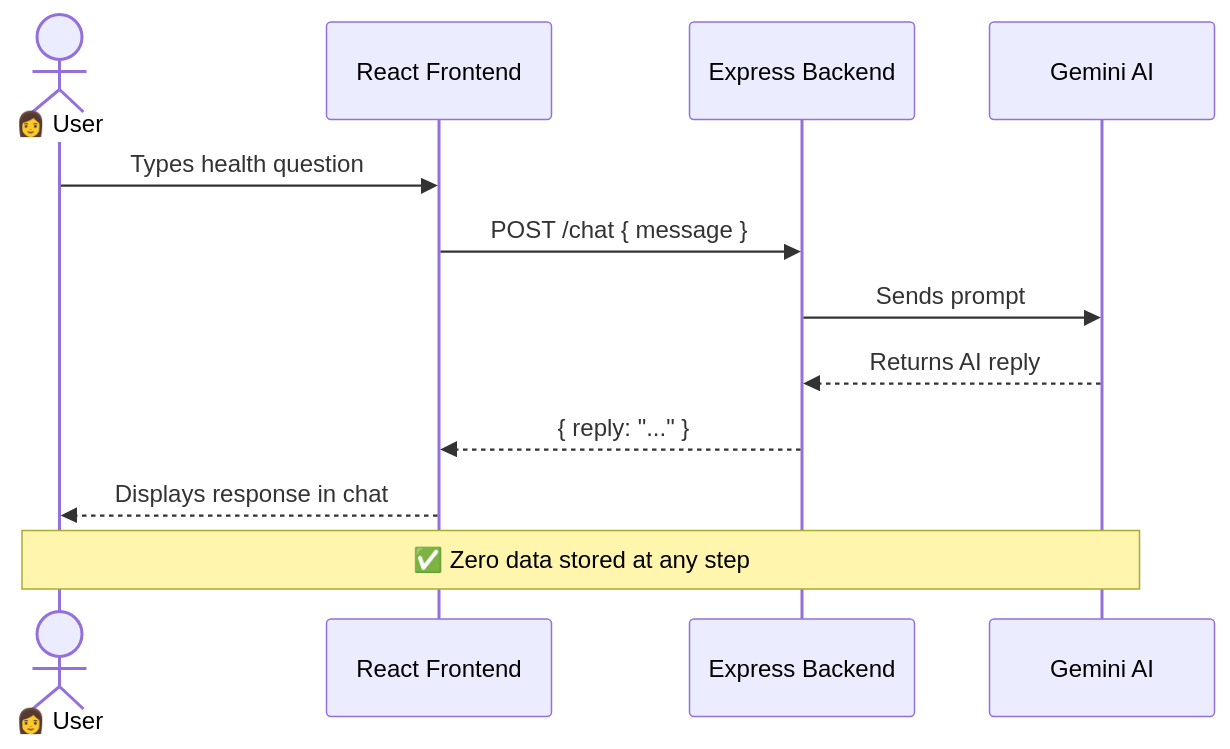
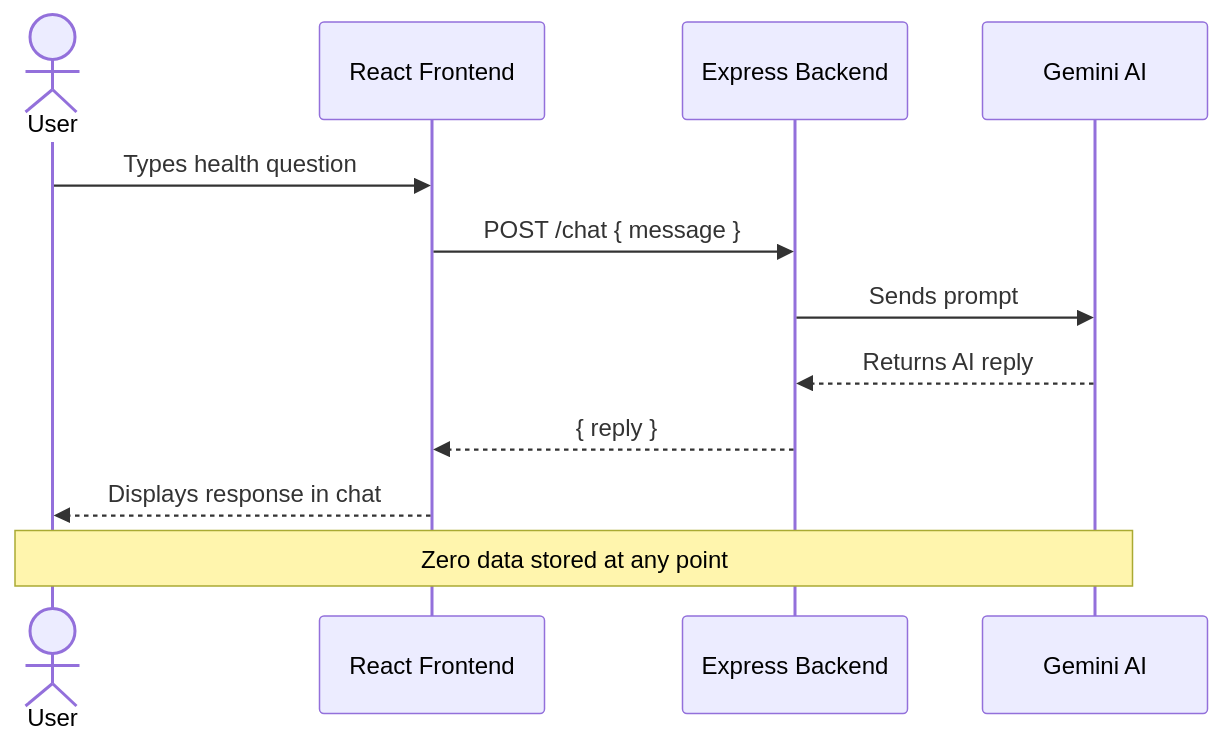
The second of 3 diagrams in README.md (sandhya144/Feminine-Bot), drawn with Mermaid before and after one commit. The commit also changed other lines of this file, not shown here.

````diff
--- a/README.md
+++ b/README.md
@@ -144,16 +143,16 @@
 ```mermaid
 sequenceDiagram
-    actor User as 👩 User
+    actor User as User
     participant FE as React Frontend
     participant BE as Express Backend
     participant GM as Gemini AI
 
     User->>FE: Types health question
     FE->>BE: POST /chat { message }
     BE->>GM: Sends prompt
     GM-->>BE: Returns AI reply
-    BE-->>FE: { reply: "..." }
+    BE-->>FE: { reply }
     FE-->>User: Displays response in chat
 
-    Note over User,GM: ✅ Zero data stored at any step
+    Note over User,GM: Zero data stored at any point
 ```
````
